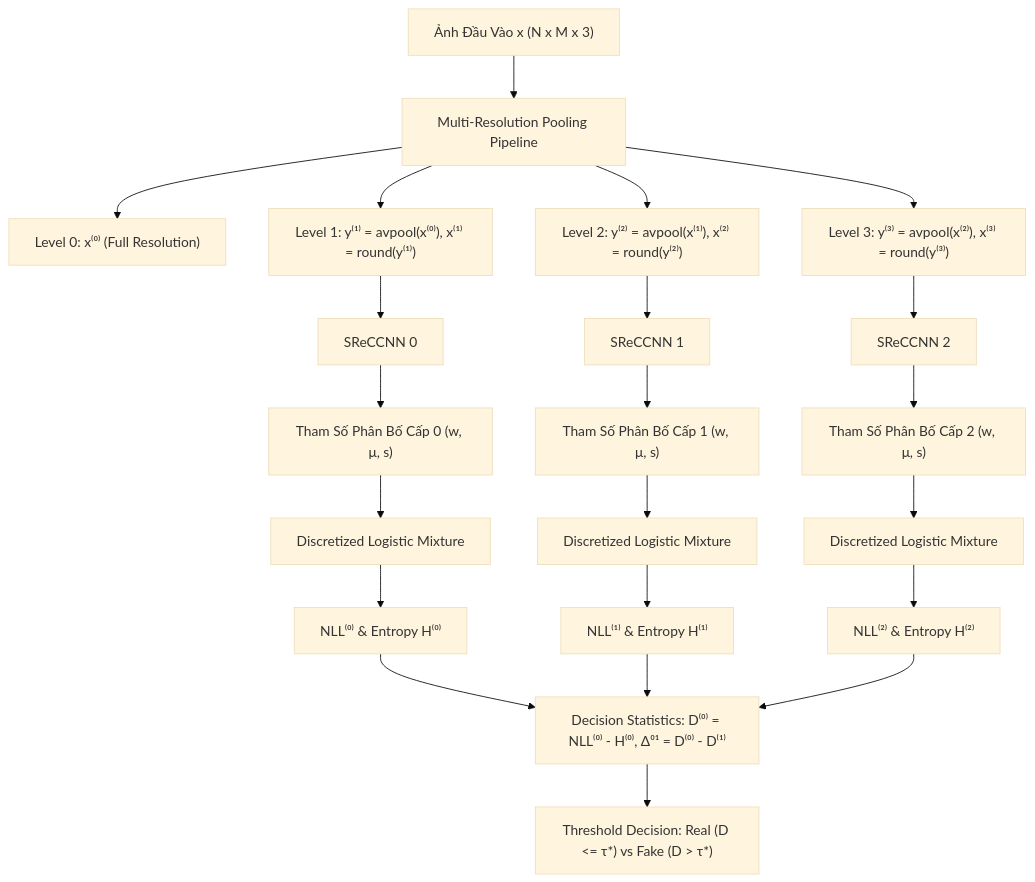
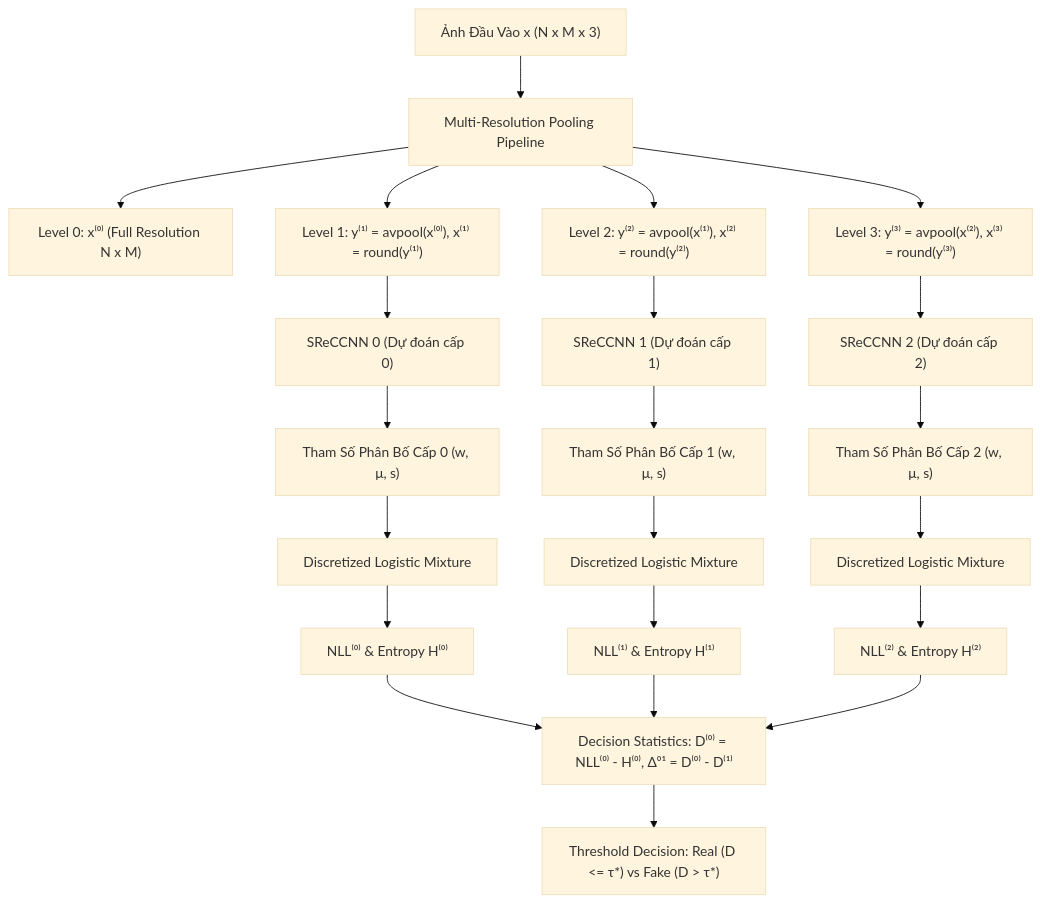
Before and after one commit to vietanhlee/XLA: the diagram in STANDARD_ZED_ARCHITECTURE.md, drawn with Mermaid (base theme). The commit also changed other lines of this file and 1 other file, not shown here.

````diff
--- a/STANDARD_ZED_ARCHITECTURE.md
+++ b/STANDARD_ZED_ARCHITECTURE.md
@@ -34,28 +71,28 @@
 ```mermaid
 graph TD
     A["Ảnh Đầu Vào x (N x M x 3)"] --> P["Multi-Resolution Pooling Pipeline"]
     
-    P --> Level0["Level 0: x⁽⁰⁾ (Full Resolution)"]
+    P --> Level0["Level 0: x⁽⁰⁾ (Full Resolution N x M)"]
     P --> Level1["Level 1: y⁽¹⁾ = avpool(x⁽⁰⁾), x⁽¹⁾ = round(y⁽¹⁾)"]
     P --> Level2["Level 2: y⁽²⁾ = avpool(x⁽¹⁾), x⁽²⁾ = round(y⁽²⁾)"]
     P --> Level3["Level 3: y⁽³⁾ = avpool(x⁽²⁾), x⁽³⁾ = round(y⁽³⁾)"]
 
-    Level1 --> CNN0["SReCCNN 0"]
-    Level2 --> CNN1["SReCCNN 1"]
-    Level3 --> CNN2["SReCCNN 2"]
+    Level1 --> CNN0["SReCCNN 0 (Dự đoán cấp 0)"]
+    Level2 --> CNN1["SReCCNN 1 (Dự đoán cấp 1)"]
+    Level3 --> CNN2["SReCCNN 2 (Dự đoán cấp 2)"]
 
     CNN0 --> Params0["Tham Số Phân Bố Cấp 0 (w, μ, s)"]
     CNN1 --> Params1["Tham Số Phân Bố Cấp 1 (w, μ, s)"]
     CNN2 --> Params2["Tham Số Phân Bố Cấp 2 (w, μ, s)"]
 
     Params0 --> LogMix0["Discretized Logistic Mixture"]
     Params1 --> LogMix1["Discretized Logistic Mixture"]
     Params2 --> LogMix2["Discretized Logistic Mixture"]
 
     LogMix0 --> Eval0["NLL⁽⁰⁾ & Entropy H⁽⁰⁾"]
     LogMix1 --> Eval1["NLL⁽¹⁾ & Entropy H⁽¹⁾"]
     LogMix2 --> Eval2["NLL⁽²⁾ & Entropy H⁽²⁾"]
 
     Eval0 & Eval1 & Eval2 --> Stat["Decision Statistics: D⁽⁰⁾ = NLL⁽⁰⁾ - H⁽⁰⁾, Δ⁰¹ = D⁽⁰⁾ - D⁽¹⁾"]
     Stat --> Decision["Threshold Decision: Real (D <= τ*) vs Fake (D > τ*)"]
 ```
````
